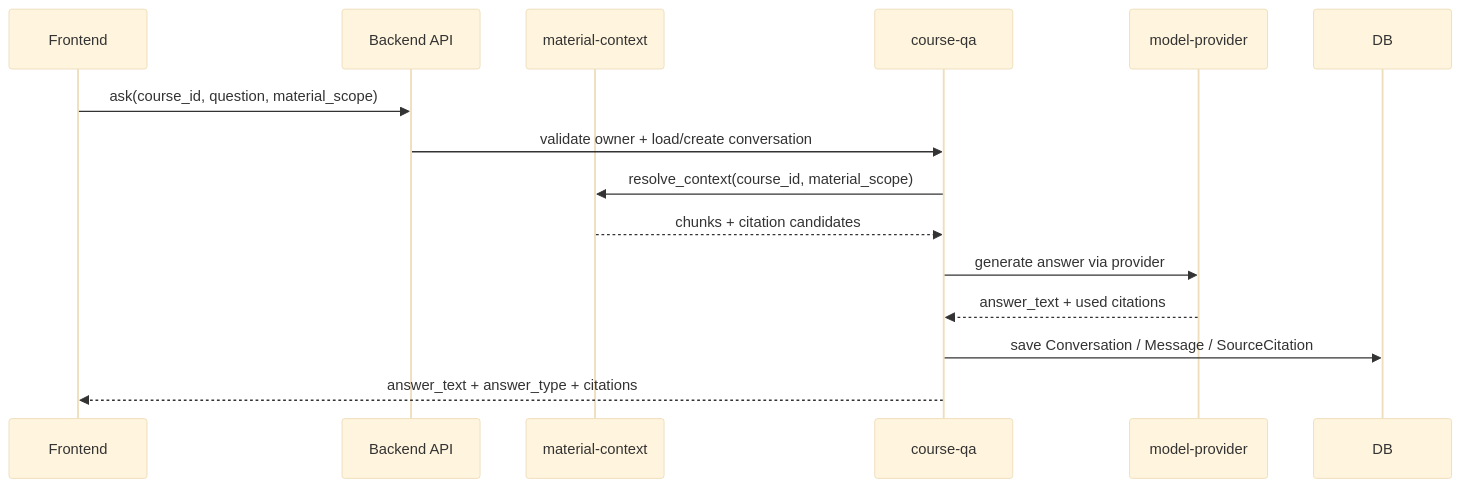
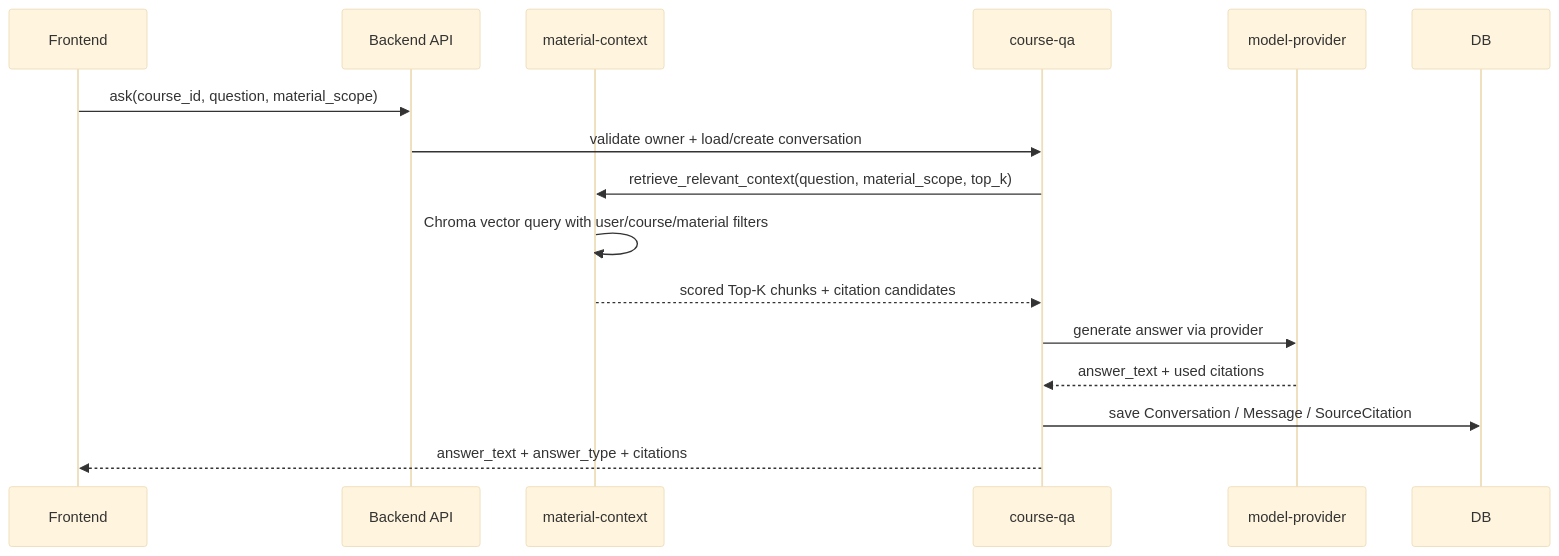
One commit to cyruan815/CourseNexus changed the second of 7 diagrams in docs/architecture/runtime-flows.md. Above: the diagram before and after it, drawn with Mermaid (base theme). The commit also changed other lines of this file and 15 other files, not shown here.

Commit message:
docs(architecture): 记录本地 RAG 业务与技术方案

````diff
--- a/docs/architecture/runtime-flows.md
+++ b/docs/architecture/runtime-flows.md
@@ -47,18 +57,19 @@
 ```mermaid
 sequenceDiagram
     participant FE as Frontend
     participant API as Backend API
     participant CTX as material-context
     participant QA as course-qa
     participant MP as model-provider
     participant DB as DB
 
     FE->>API: ask(course_id, question, material_scope)
     API->>QA: validate owner + load/create conversation
-    QA->>CTX: resolve_context(course_id, material_scope)
-    CTX-->>QA: chunks + citation candidates
+    QA->>CTX: retrieve_relevant_context(question, material_scope, top_k)
+    CTX->>CTX: Chroma vector query with user/course/material filters
+    CTX-->>QA: scored Top-K chunks + citation candidates
     QA->>MP: generate answer via provider
     MP-->>QA: answer_text + used citations
     QA->>DB: save Conversation / Message / SourceCitation
     QA-->>FE: answer_text + answer_type + citations
 ```
````
